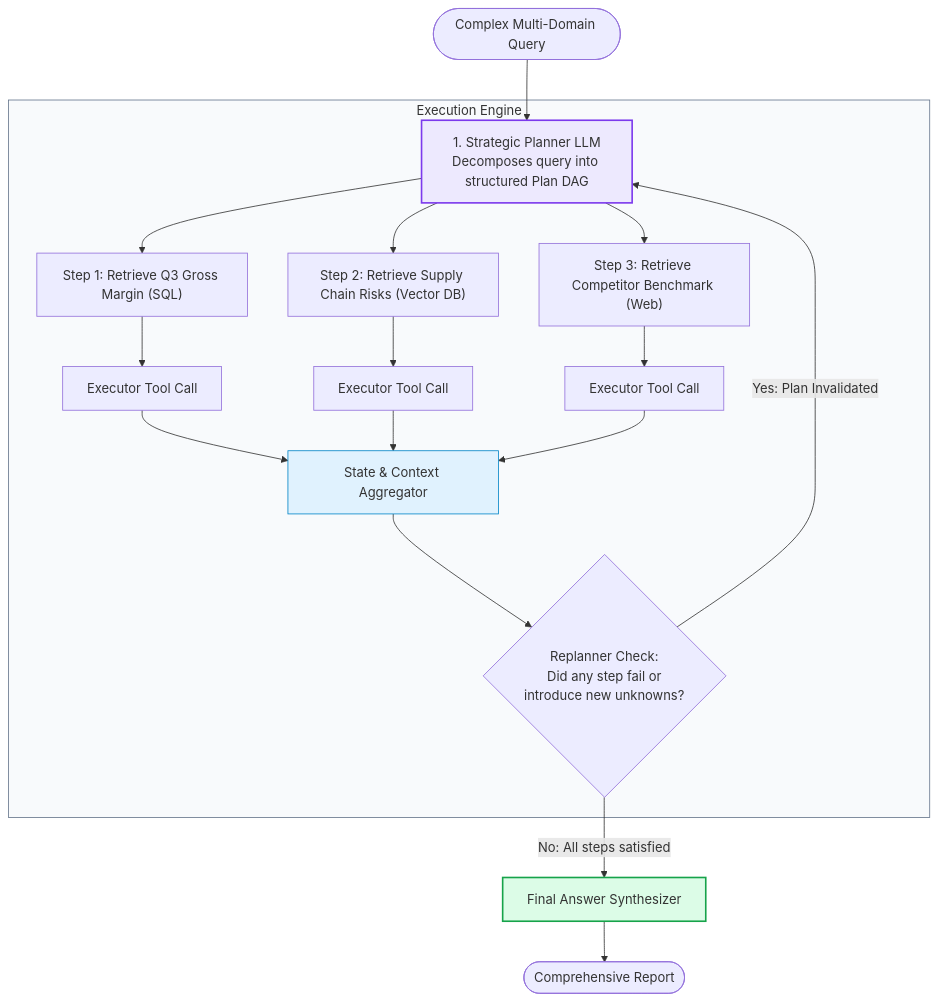
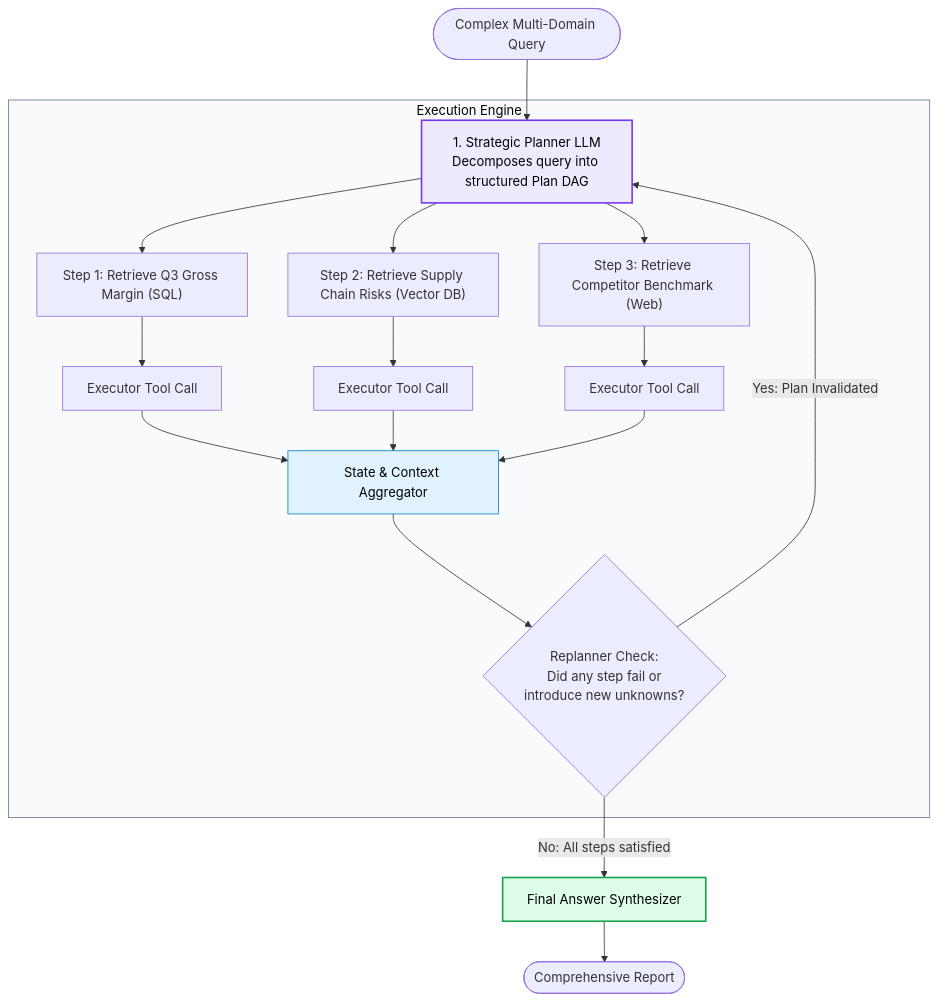
Before and after one commit to swapnil3104/RAG-Engineering: the third of 6 diagrams in 07-Agentic-RAG/AI-Agents.md, drawn with Mermaid. The commit also changed other lines of this file and 108 other files, not shown here.

Commit message:
fix: make chart text visible across all Mermaid diagrams and resolve markdown table formatting issues

````diff
--- a/07-Agentic-RAG/AI-Agents.md
+++ b/07-Agentic-RAG/AI-Agents.md
@@ -164,29 +164,29 @@
 ```mermaid
 flowchart TD
     UserQ([Complex Multi-Domain Query]) --> Planner["1. Strategic Planner LLM<br/>Decomposes query into structured Plan DAG"]
     
     subgraph PlanExec ["Execution Engine"]
         Planner --> Step1["Step 1: Retrieve Q3 Gross Margin (SQL)"]
         Planner --> Step2["Step 2: Retrieve Supply Chain Risks (Vector DB)"]
         Planner --> Step3["Step 3: Retrieve Competitor Benchmark (Web)"]
         
         Step1 --> Exec1["Executor Tool Call"]
         Step2 --> Exec2["Executor Tool Call"]
         Step3 --> Exec3["Executor Tool Call"]
         
         Exec1 --> Aggregator["State & Context Aggregator"]
         Exec2 --> Aggregator
         Exec3 --> Aggregator
         
         Aggregator --> ReplanCheck{"Replanner Check:<br/>Did any step fail or<br/>introduce new unknowns?"}
         ReplanCheck -->|"Yes: Plan Invalidated"| Planner
     end
     
     ReplanCheck -->|"No: All steps satisfied"| Synthesizer["Final Answer Synthesizer"]
     Synthesizer --> UserOut([Comprehensive Report])
 
-    style PlanExec fill:#f8fafc,stroke:#64748b,stroke-width:1px
-    style Planner fill:#ede9fe,stroke:#7c3aed,stroke-width:2px
-    style Aggregator fill:#e0f2fe,stroke:#0284c7,stroke-width:1px
-    style Synthesizer fill:#dcfce7,stroke:#16a34a,stroke-width:2px
+    style PlanExec fill:#f8fafc,stroke:#64748b,stroke-width:1px,color:#000000
+    style Planner fill:#ede9fe,stroke:#7c3aed,stroke-width:2px,color:#000000
+    style Aggregator fill:#e0f2fe,stroke:#0284c7,stroke-width:1px,color:#000000
+    style Synthesizer fill:#dcfce7,stroke:#16a34a,stroke-width:2px,color:#000000
 ```
````
